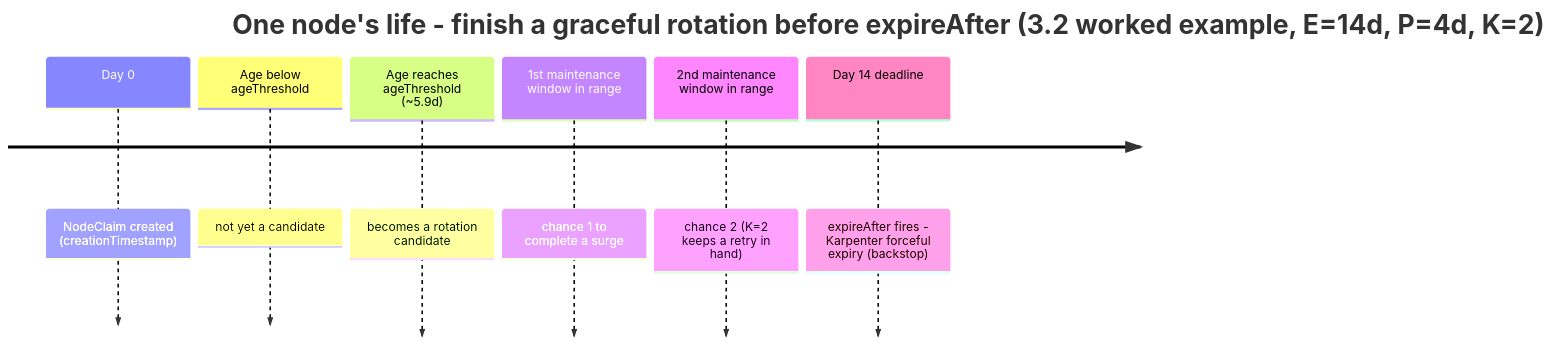
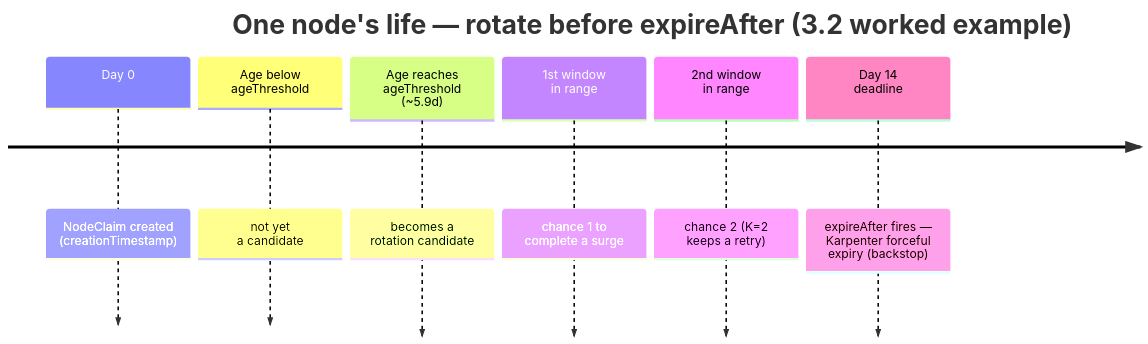
One commit to AkashiSN/node-rotation-controller changed the first of 5 diagrams in docs/specification.md. Above: the diagram before and after it, drawn with Mermaid. The commit also changed 1 other file, not shown here.

Commit message:
docs(spec): wrap §3.2 timeline labels to two lines, shorten the title
The timeline boxes and the long title made the diagram very wide. Wrap each
period/event label to ~2 lines with <br> and trim the title (E/P/K values stay
in the §3.2 prose). Note: <br> works in timeline period/event text but NOT in
the title, so the title is shortened rather than wrapped. EN + JA in sync;
verified by rendering.

````diff
--- a/docs/specification.md
+++ b/docs/specification.md
@@ -197,10 +197,10 @@
 ```mermaid
 timeline
-    title One node's life - finish a graceful rotation before expireAfter (3.2 worked example, E=14d, P=4d, K=2)
-    Day 0 : NodeClaim created (creationTimestamp)
-    Age below ageThreshold : not yet a candidate
-    Age reaches ageThreshold (~5.9d) : becomes a rotation candidate
-    1st maintenance window in range : chance 1 to complete a surge
-    2nd maintenance window in range : chance 2 (K=2 keeps a retry in hand)
-    Day 14 deadline : expireAfter fires - Karpenter forceful expiry (backstop)
+    title One node's life — rotate before expireAfter (3.2 worked example)
+    Day 0 : NodeClaim created<br>(creationTimestamp)
+    Age below<br>ageThreshold : not yet<br>a candidate
+    Age reaches<br>ageThreshold (~5.9d) : becomes a<br>rotation candidate
+    1st window<br>in range : chance 1 to<br>complete a surge
+    2nd window<br>in range : chance 2 (K=2<br>keeps a retry)
+    Day 14<br>deadline : expireAfter fires —<br>Karpenter forceful<br>expiry (backstop)
 ```
````
